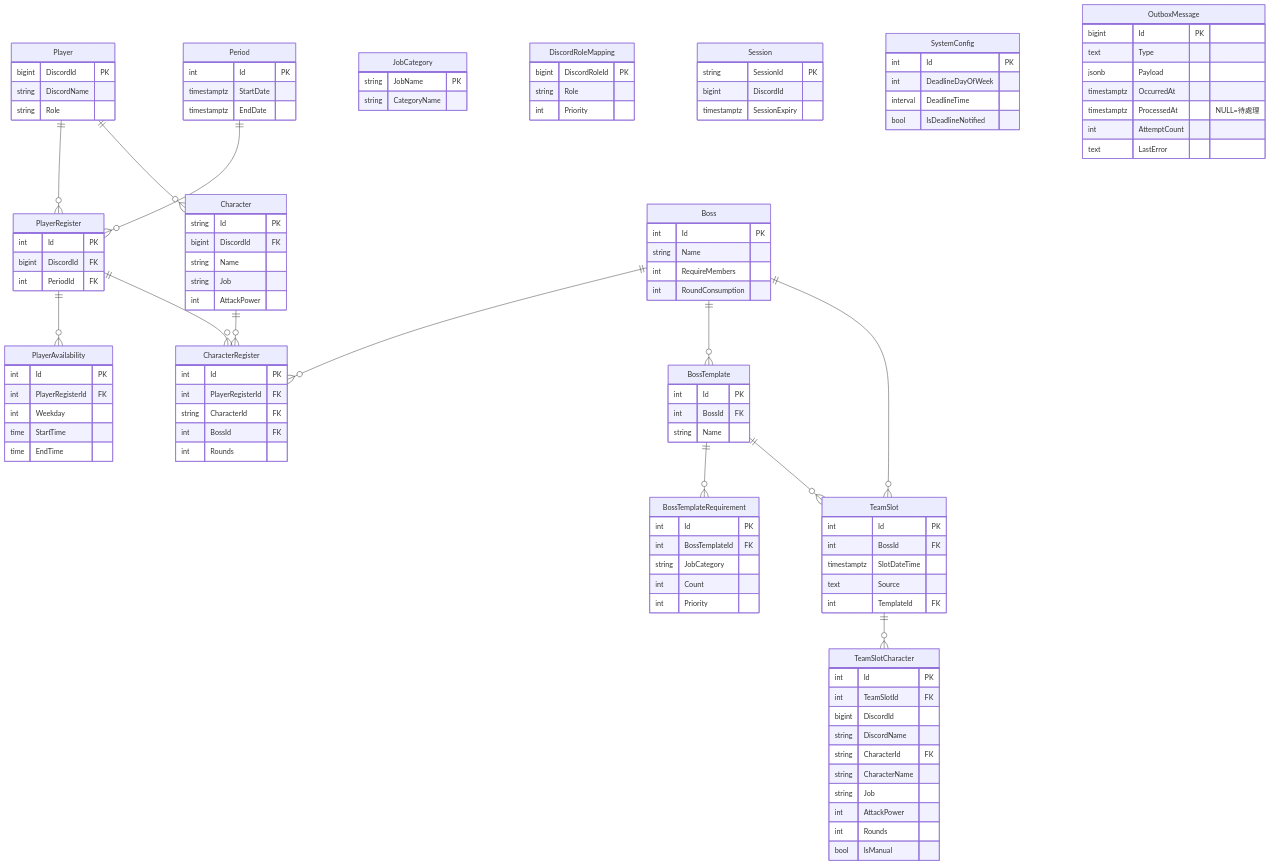
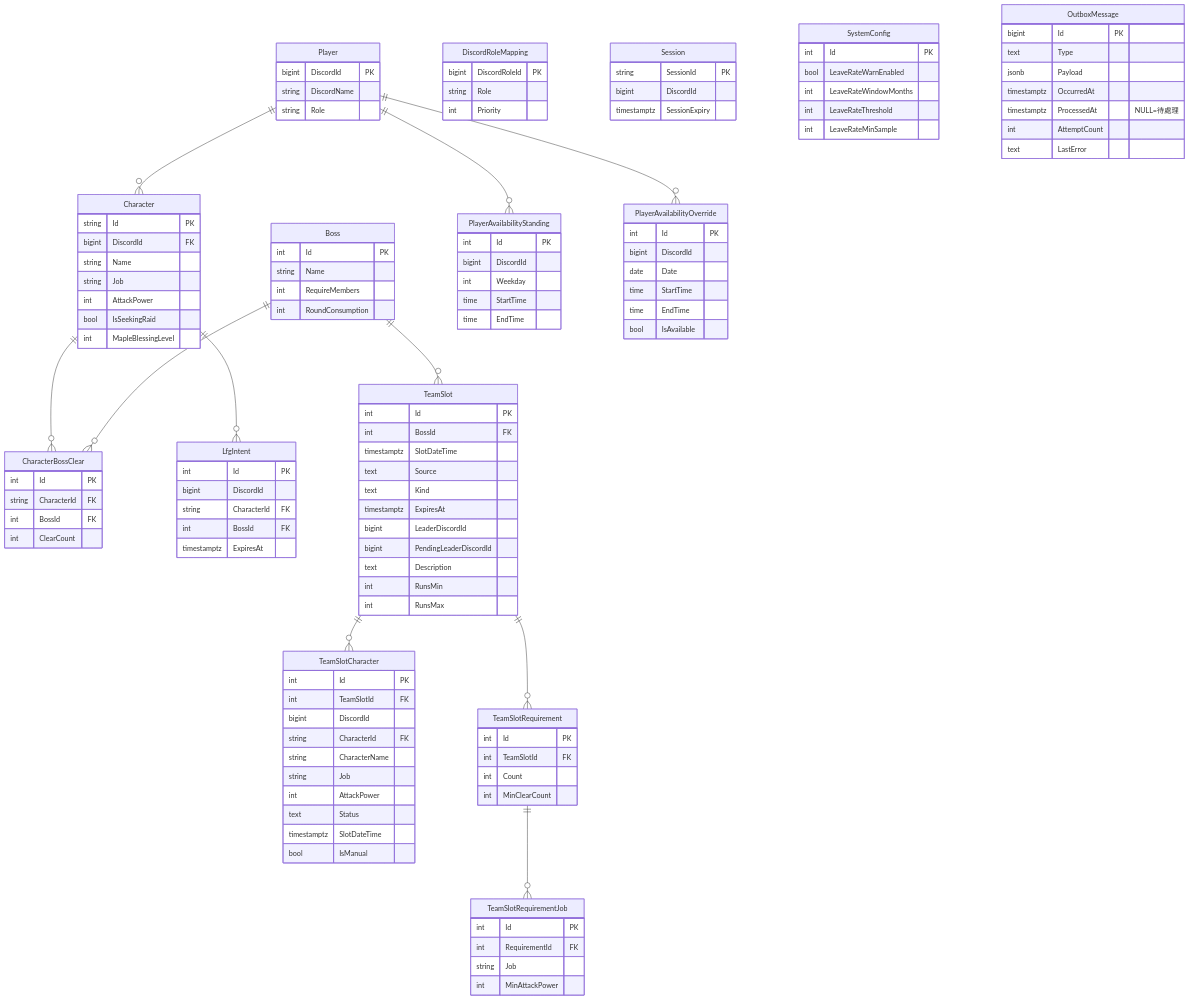
The eighth of 11 diagrams in docs/architecture.md (MinMiss5678/MapleStoryRaidScheduler), drawn with Mermaid before and after one commit. The commit also changed other lines of this file and 4 other files, not shown here.

First line of the commit message:
docs: 同步 period-less / leader-led 現況（拔舊自動排團/報名/範本/JobCategory 描述）

````diff
--- a/docs/architecture.md
+++ b/docs/architecture.md
@@ -605,34 +575,14 @@
         string Role
     }
 
-    PlayerRegister {
-        int Id PK
-        bigint DiscordId FK
-        int PeriodId FK
-    }
-
-    PlayerAvailability {
-        int Id PK
-        int PlayerRegisterId FK
-        int Weekday
-        time StartTime
-        time EndTime
-    }
-
-    CharacterRegister {
-        int Id PK
-        int PlayerRegisterId FK
-        string CharacterId FK
-        int BossId FK
-        int Rounds
-    }
-
     Character {
         string Id PK
         bigint DiscordId FK
         string Name
         string Job
         int AttackPower
+        bool IsSeekingRaid
+        int MapleBlessingLevel
     }
 
     Boss {
@@ -642,24 +592,36 @@
         int RoundConsumption
     }
 
-    BossTemplate {
+    PlayerAvailabilityStanding {
         int Id PK
-        int BossId FK
-        string Name
+        bigint DiscordId
+        int Weekday
+        time StartTime
+        time EndTime
     }
 
-    BossTemplateRequirement {
+    PlayerAvailabilityOverride {
         int Id PK
-        int BossTemplateId FK
-        string JobCategory
-        int Count
-        int Priority
+        bigint DiscordId
+        date Date
+        time StartTime
+        time EndTime
+        bool IsAvailable
     }
 
-    Period {
+    CharacterBossClear {
         int Id PK
-        timestamptz StartDate
-        timestamptz EndDate
+        string CharacterId FK
+        int BossId FK
+        int ClearCount
+    }
+
+    LfgIntent {
+        int Id PK
+        bigint DiscordId
+        string CharacterId FK
+        int BossId FK
+        timestamptz ExpiresAt
     }
 
     TeamSlot {
@@ -667,25 +629,40 @@
         int BossId FK
         timestamptz SlotDateTime
         text Source
-        int TemplateId FK
+        text Kind
+        timestamptz ExpiresAt
+        bigint LeaderDiscordId
+        bigint PendingLeaderDiscordId
+        text Description
+        int RunsMin
+        int RunsMax
     }
 
     TeamSlotCharacter {
         int Id PK
         int TeamSlotId FK
         bigint DiscordId
-        string DiscordName
         string CharacterId FK
         string CharacterName
         string Job
         int AttackPower
-        int Rounds
+        text Status
+        timestamptz SlotDateTime
         bool IsManual
     }
 
-    JobCategory {
-        string JobName PK
-        string CategoryName
+    TeamSlotRequirement {
+        int Id PK
+        int TeamSlotId FK
+        int Count
+        int MinClearCount
+    }
+
+    TeamSlotRequirementJob {
+        int Id PK
+        int RequirementId FK
+        string Job
+        int MinAttackPower
     }
 
     DiscordRoleMapping {
@@ -702,9 +679,10 @@
 
     SystemConfig {
         int Id PK
-        int DeadlineDayOfWeek
-        interval DeadlineTime
-        bool IsDeadlineNotified
+        bool LeaveRateWarnEnabled
+        int LeaveRateWindowMonths
+        int LeaveRateThreshold
+        int LeaveRateMinSample
     }
 
     OutboxMessage {
@@ -717,16 +695,14 @@
         text LastError
     }
 
-    Player ||--o{ PlayerRegister : ""
-    Period ||--o{ PlayerRegister : ""
-    PlayerRegister ||--o{ PlayerAvailability : ""
-    PlayerRegister ||--o{ CharacterRegister : ""
-    Character ||--o{ CharacterRegister : ""
-    Boss ||--o{ CharacterRegister : ""
     Player ||--o{ Character : ""
-    Boss ||--o{ BossTemplate : ""
-    BossTemplate ||--o{ BossTemplateRequirement : ""
+    Player ||--o{ PlayerAvailabilityStanding : ""
+    Player ||--o{ PlayerAvailabilityOverride : ""
+    Character ||--o{ CharacterBossClear : ""
+    Character ||--o{ LfgIntent : ""
+    Boss ||--o{ CharacterBossClear : ""
     Boss ||--o{ TeamSlot : ""
-    BossTemplate ||--o{ TeamSlot : ""
     TeamSlot ||--o{ TeamSlotCharacter : ""
+    TeamSlot ||--o{ TeamSlotRequirement : ""
+    TeamSlotRequirement ||--o{ TeamSlotRequirementJob : ""
 ```
````
